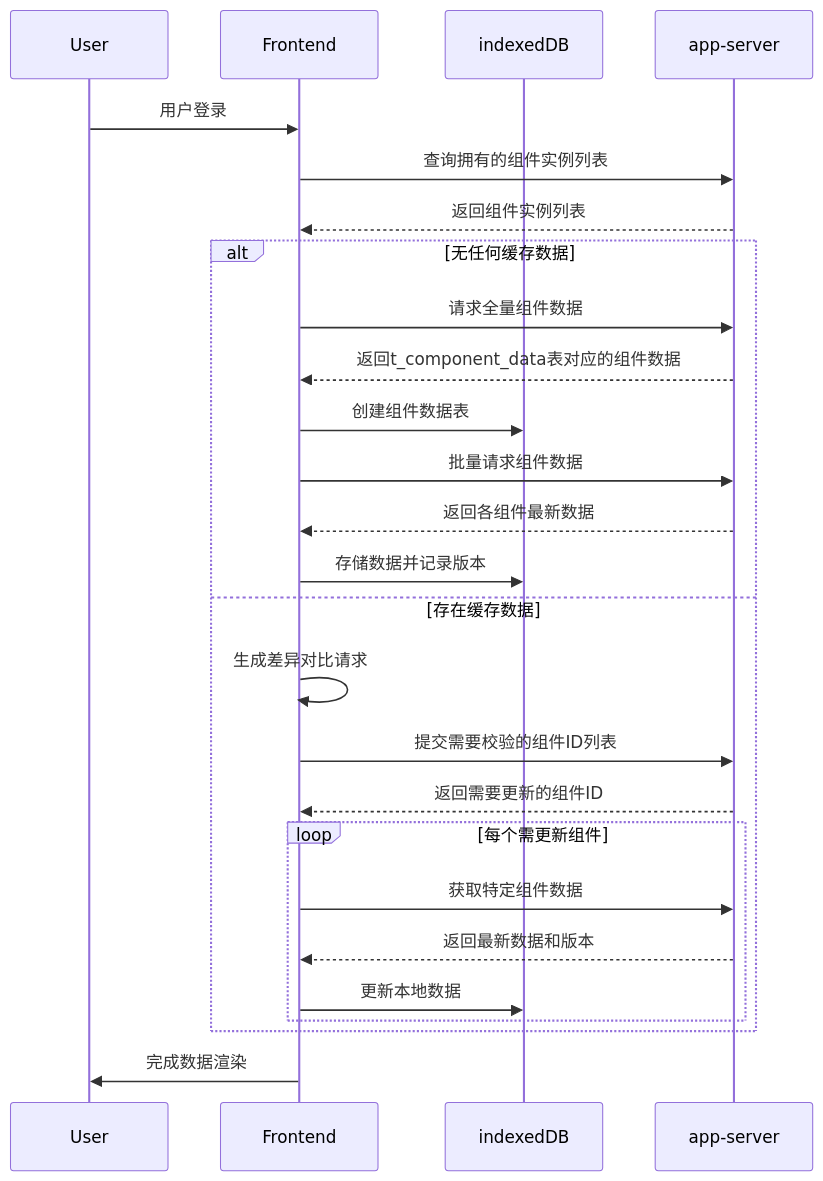
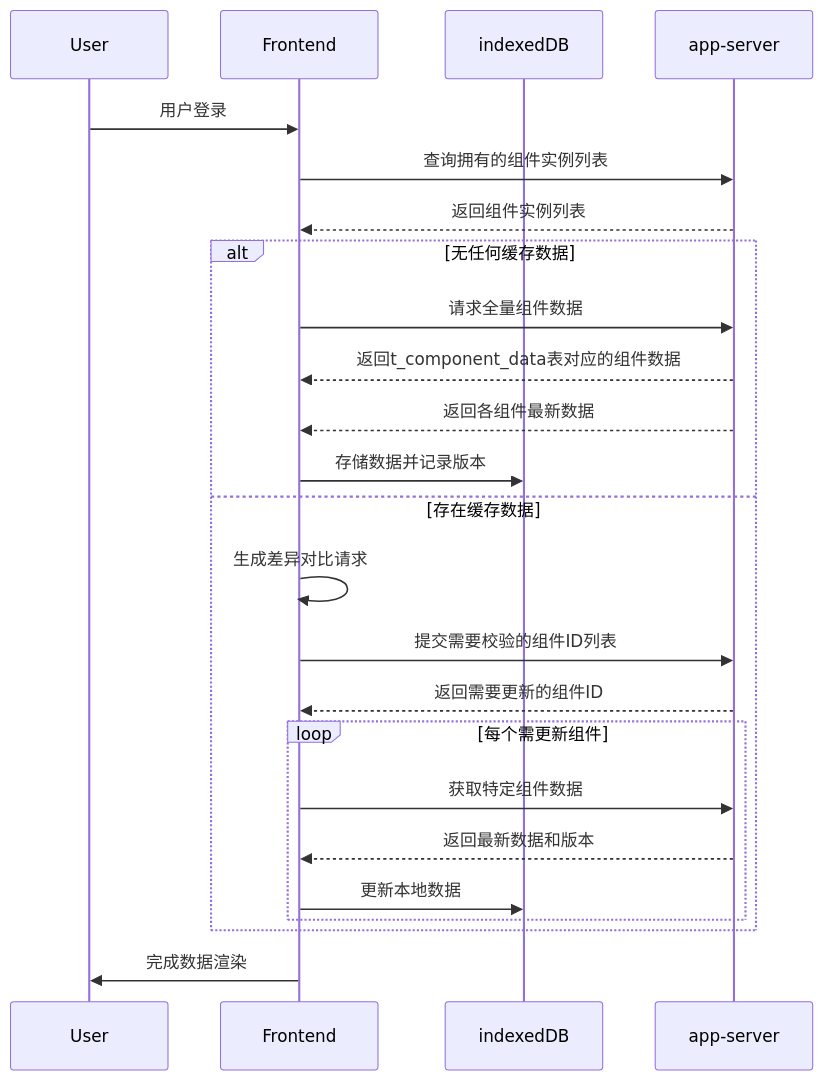
Before and after one commit to yingjianzh/iodraw-files: the diagram in all/未命名-24.md, drawn with Mermaid.

Commit message:
2025-02-24 17:08:23 update

````diff
--- a/all/未命名-24.md
+++ b/all/未命名-24.md
@@ -1,30 +1,29 @@
 ```mermaid
 sequenceDiagram
     participant User
     participant Frontend
     participant indexedDB
     participant app-server
 
     User->>Frontend: 用户登录
     Frontend->>app-server: 查询拥有的组件实例列表
     app-server-->>Frontend: 返回组件实例列表
     
     alt 无任何缓存数据
         Frontend->>app-server: 请求全量组件数据
         app-server-->>Frontend: 返回t_component_data表对应的组件数据
-        Frontend->>indexedDB: 创建组件数据表
-        Frontend->>app-server: 批量请求组件数据
+
         app-server-->>Frontend: 返回各组件最新数据
         Frontend->>indexedDB: 存储数据并记录版本
     else 存在缓存数据
         Frontend->>Frontend: 生成差异对比请求
         Frontend->>app-server: 提交需要校验的组件ID列表
         app-server-->>Frontend: 返回需要更新的组件ID
         loop 每个需更新组件
             Frontend->>app-server: 获取特定组件数据
             app-server-->>Frontend: 返回最新数据和版本
             Frontend->>indexedDB: 更新本地数据
         end
     end
     Frontend->>User: 完成数据渲染
 ```
````
